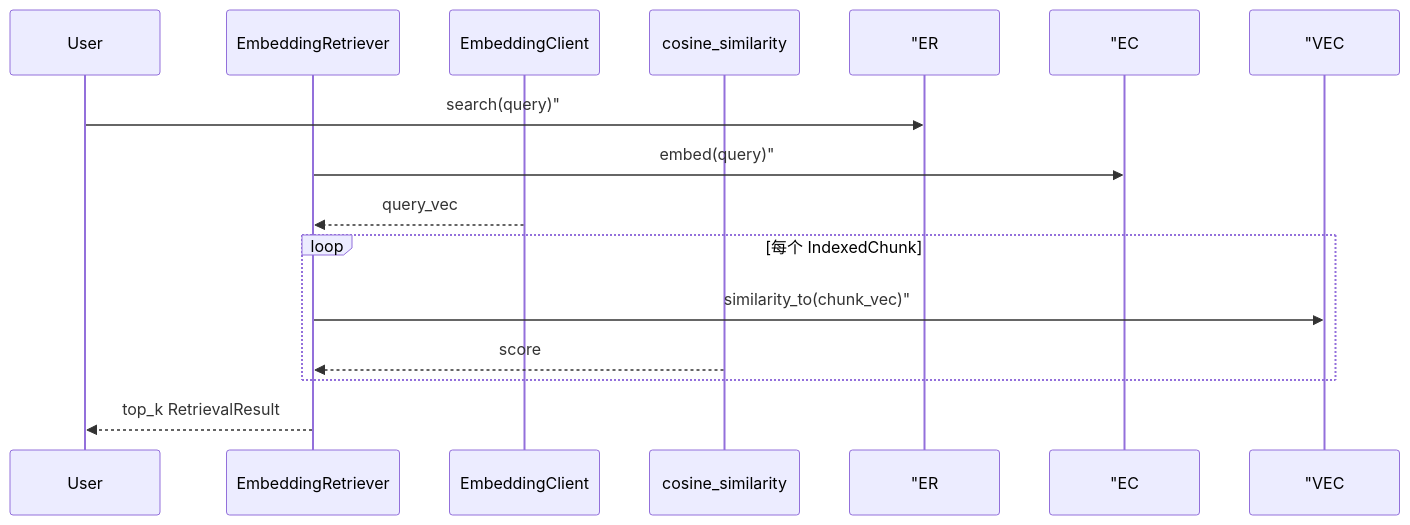
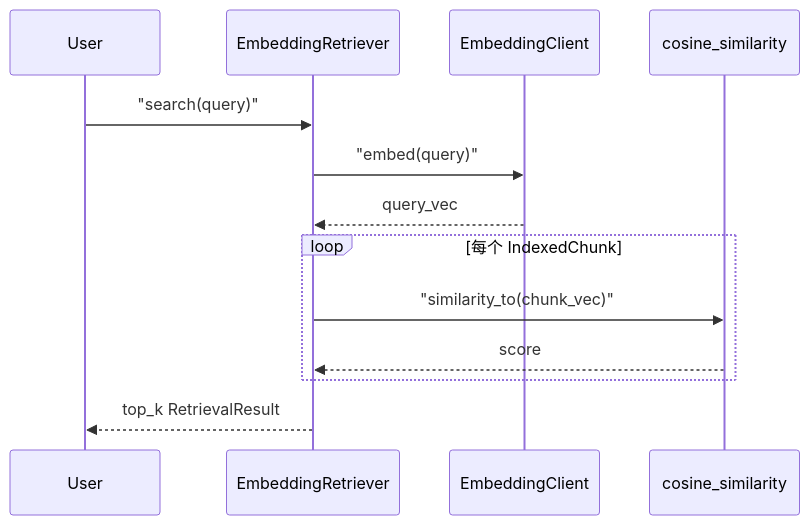
Before and after one commit to ab6539763/70_days_course_plus: the third of 5 diagrams in course/day20/03_架构设计.md, drawn with Mermaid. The commit also changed 80 other files, not shown here.

First line of the commit message:
fix(course): 修复 Mermaid 图表渲染报错 + 同步嵌入代码快照

````diff
--- a/course/day20/03_架构设计.md
+++ b/course/day20/03_架构设计.md
@@ -74,16 +74,16 @@
 ```mermaid
 sequenceDiagram
     participant User
     participant ER as EmbeddingRetriever
     participant EC as EmbeddingClient
     participant VEC as cosine_similarity
 
-    User->> "ER: search(query)"
-    ER->> "EC: embed(query)"
+    User->>ER: "search(query)"
+    ER->>EC: "embed(query)"
     EC-->>ER: query_vec
     loop 每个 IndexedChunk
-        ER->> "VEC: similarity_to(chunk_vec)"
+        ER->>VEC: "similarity_to(chunk_vec)"
         VEC-->>ER: score
     end
     ER-->>User: top_k RetrievalResult
 ```
````
